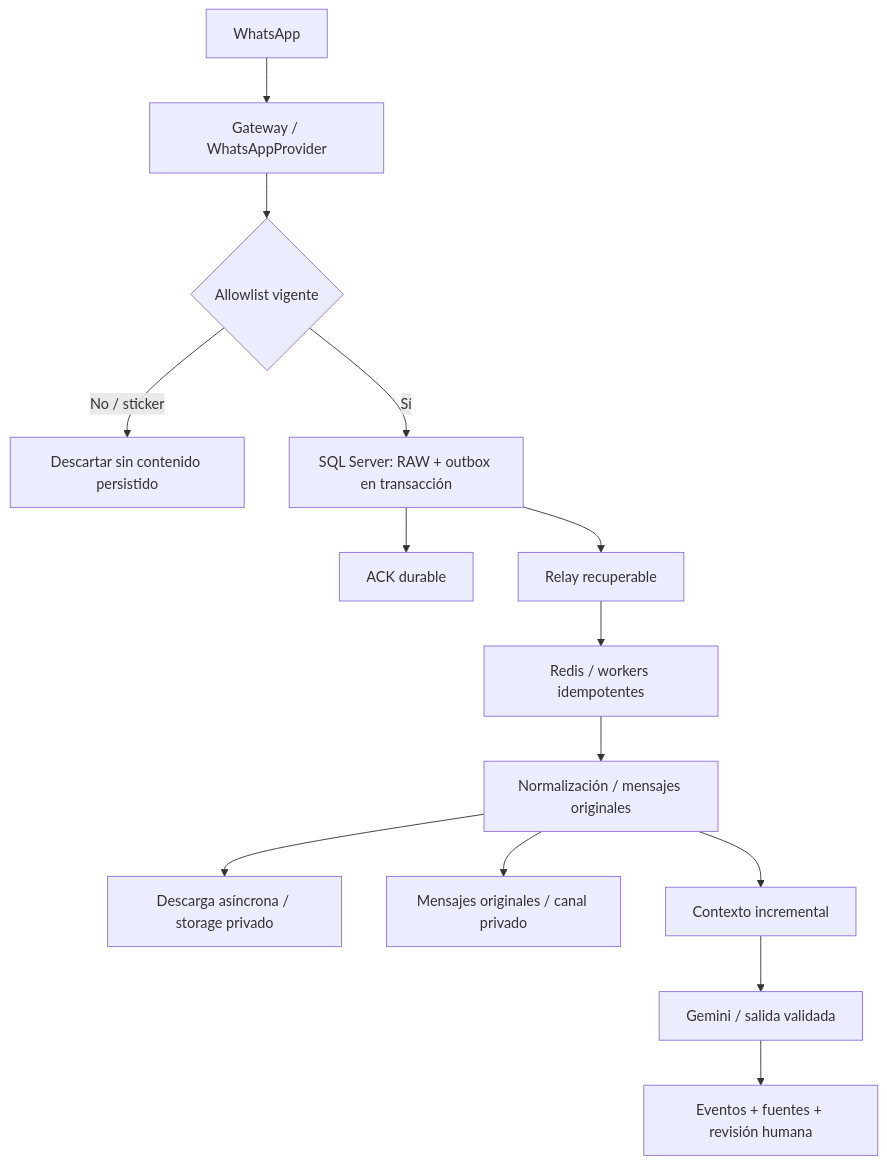
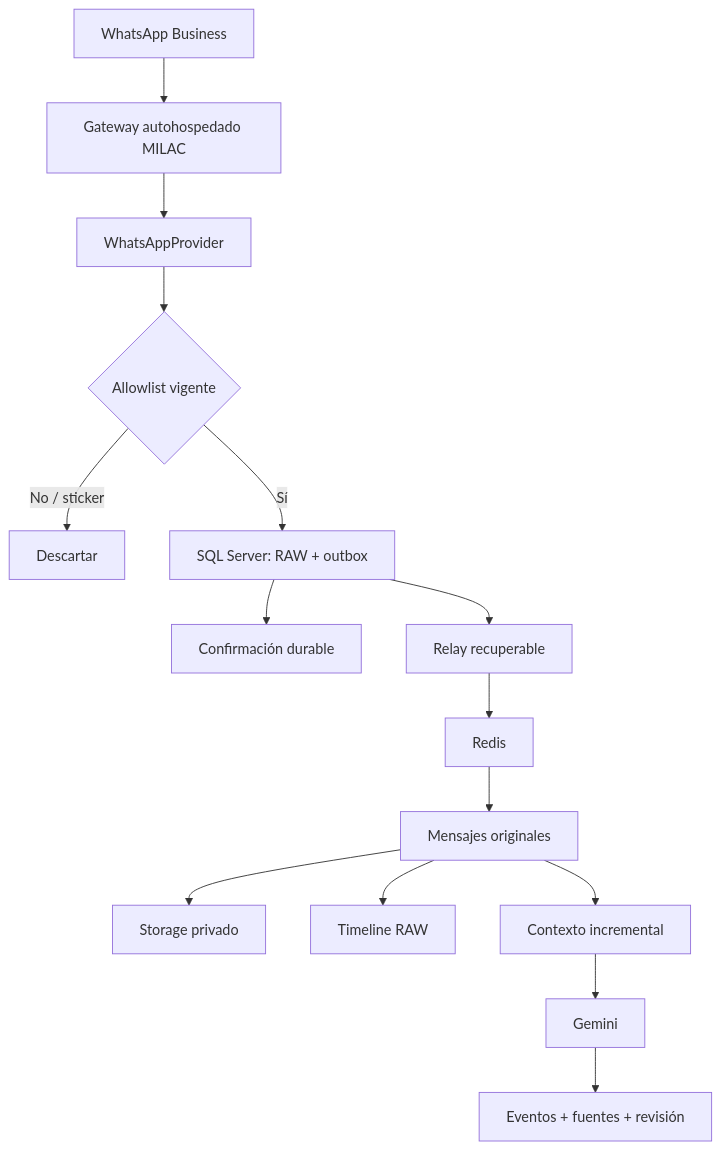
The diagram in docs/architecture.md (Express-Milac/Mensajero), drawn with Mermaid before and after one commit. The commit also changed other lines of this file and 13 other files, not shown here.

````diff
--- a/docs/architecture.md
+++ b/docs/architecture.md
@@ -18,16 +17,17 @@
 ```mermaid
 flowchart TD
-  WA[WhatsApp] --> GW[Gateway / WhatsAppProvider]
-  GW --> AL{Allowlist vigente}
-  AL -->|No / sticker| STOP[Descartar sin contenido persistido]
-  AL -->|Sí| RAW[SQL Server: RAW + outbox en transacción]
-  RAW --> ACK[ACK durable]
+  WA[WhatsApp Business] --> GW[Gateway autohospedado MILAC]
+  GW --> P[WhatsAppProvider]
+  P --> AL{Allowlist vigente}
+  AL -->|No / sticker| STOP[Descartar]
+  AL -->|Sí| RAW[SQL Server: RAW + outbox]
+  RAW --> ACK[Confirmación durable]
   RAW --> RELAY[Relay recuperable]
-  RELAY --> Q[Redis / workers idempotentes]
-  Q --> MSG[Normalización / mensajes originales]
-  MSG --> MEDIA[Descarga asíncrona / storage privado]
-  MSG --> UI[Mensajes originales / canal privado]
+  RELAY --> Q[Redis]
+  Q --> MSG[Mensajes originales]
+  MSG --> MEDIA[Storage privado]
+  MSG --> UI[Timeline RAW]
   MSG --> CTX[Contexto incremental]
-  CTX --> AI[Gemini / salida validada]
-  AI --> EVENTS[Eventos + fuentes + revisión humana]
+  CTX --> AI[Gemini]
+  AI --> EVENTS[Eventos + fuentes + revisión]
 ```
````
